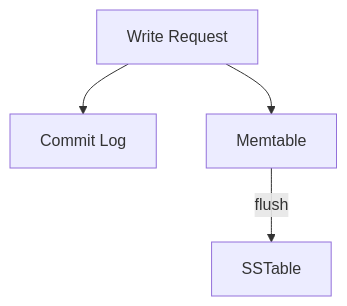
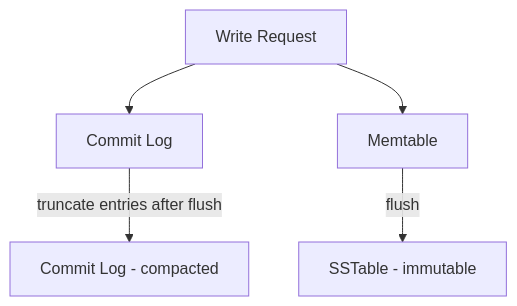
One commit to limainfo/guia-design-sistema-ti changed the seventh of 11 diagrams in 02-technologies/02-database-cassandra/README.md. Above: the diagram before and after it, drawn with Mermaid. The commit also changed other lines of this file, not shown here.

````diff
--- a/02-technologies/02-database-cassandra/README.md
+++ b/02-technologies/02-database-cassandra/README.md
@@ -266,7 +323,8 @@
 ```mermaid
 flowchart TB
     W[Write Request]
     W --> CL[Commit Log]
     W --> MT[Memtable]
-    MT -->|flush| SST[SSTable]
+    MT -->|flush| SST[SSTable - immutable]
+    CL -->|truncate entries after flush| CL2[Commit Log - compacted]
 ```
````
